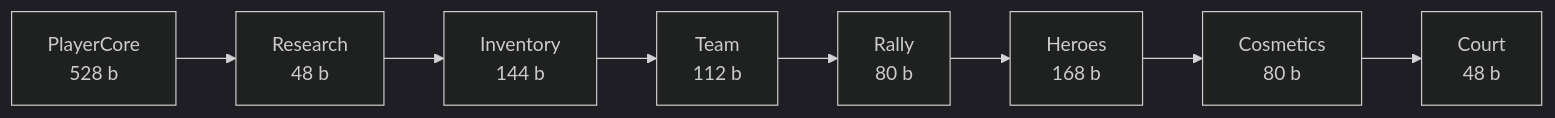
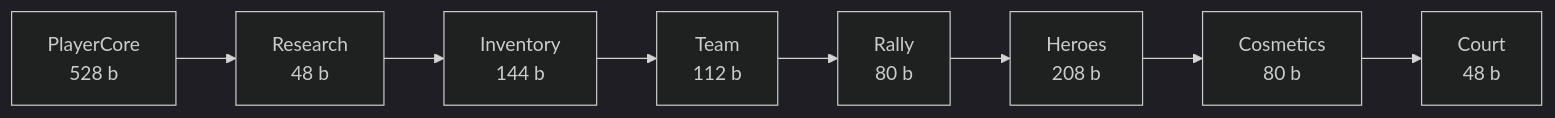
Before and after one commit to crypt0miester/novus-mundus: the third of 5 diagrams in docs/onchain/README.md, drawn with Mermaid (dark theme). The commit also changed other lines of this file and 354 other files, not shown here.

````diff
--- a/docs/onchain/README.md
+++ b/docs/onchain/README.md
@@ -72,12 +72,12 @@
 ```mermaid
 graph LR
     PC["PlayerCore<br/>528 b"]
     RS["Research<br/>48 b"]
     IS["Inventory<br/>144 b"]
     TS["Team<br/>112 b"]
     RA["Rally<br/>80 b"]
-    HS["Heroes<br/>168 b"]
+    HS["Heroes<br/>208 b"]
     CS["Cosmetics<br/>80 b"]
     CT["Court<br/>48 b"]
     PC --> RS --> IS --> TS --> RA --> HS --> CS --> CT
 ```
````
